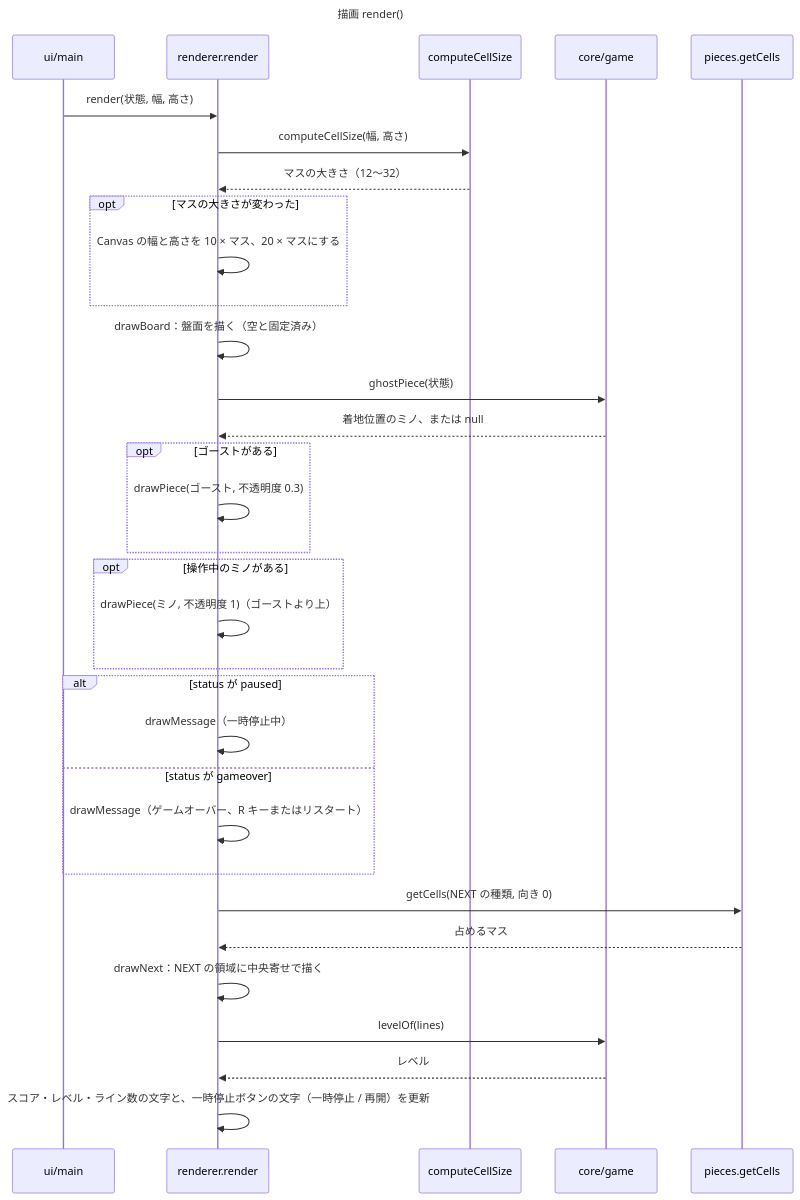
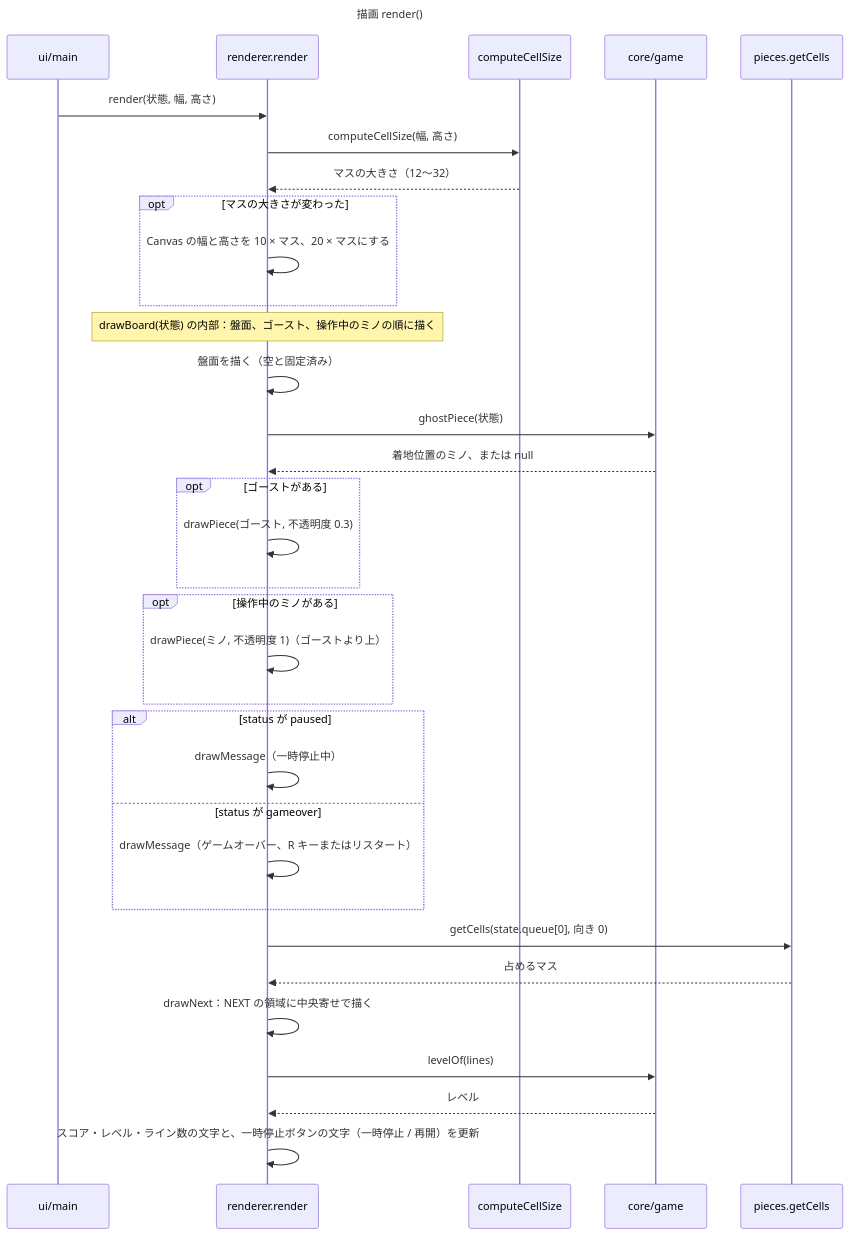
Before and after one commit to yoshimaru0419/mobile-claude-test: the diagram in docs/diagrams/detail/07-render.mmd, drawn with Mermaid. The commit also changed 5 other files, not shown here.

First line of the commit message:
API-109: 詳細設計のシーケンス図に、レビューの指摘を反映する

```diff
--- a/docs/diagrams/detail/07-render.mmd
+++ b/docs/diagrams/detail/07-render.mmd
@@ -1,35 +1,36 @@
 ---
 title: 描画 render()
 ---
 sequenceDiagram
   participant M as ui/main
   participant R as renderer.render
   participant C as computeCellSize
   participant G as core/game
   participant K as pieces.getCells
   M->>R: render(状態, 幅, 高さ)
   R->>C: computeCellSize(幅, 高さ)
   C-->>R: マスの大きさ（12〜32）
   opt マスの大きさが変わった
     R->>R: Canvas の幅と高さを 10 × マス、20 × マスにする
   end
-  R->>R: drawBoard：盤面を描く（空と固定済み）
+  Note over R: drawBoard(状態) の内部：盤面、ゴースト、操作中のミノの順に描く
+  R->>R: 盤面を描く（空と固定済み）
   R->>G: ghostPiece(状態)
   G-->>R: 着地位置のミノ、または null
   opt ゴーストがある
     R->>R: drawPiece(ゴースト, 不透明度 0.3)
   end
   opt 操作中のミノがある
     R->>R: drawPiece(ミノ, 不透明度 1)（ゴーストより上）
   end
   alt status が paused
     R->>R: drawMessage（一時停止中）
   else status が gameover
     R->>R: drawMessage（ゲームオーバー、R キーまたはリスタート）
   end
-  R->>K: getCells(NEXT の種類, 向き 0)
+  R->>K: getCells(state.queue[0], 向き 0)
   K-->>R: 占めるマス
   R->>R: drawNext：NEXT の領域に中央寄せで描く
   R->>G: levelOf(lines)
   G-->>R: レベル
   R->>R: スコア・レベル・ライン数の文字と、一時停止ボタンの文字（一時停止 / 再開）を更新
```
